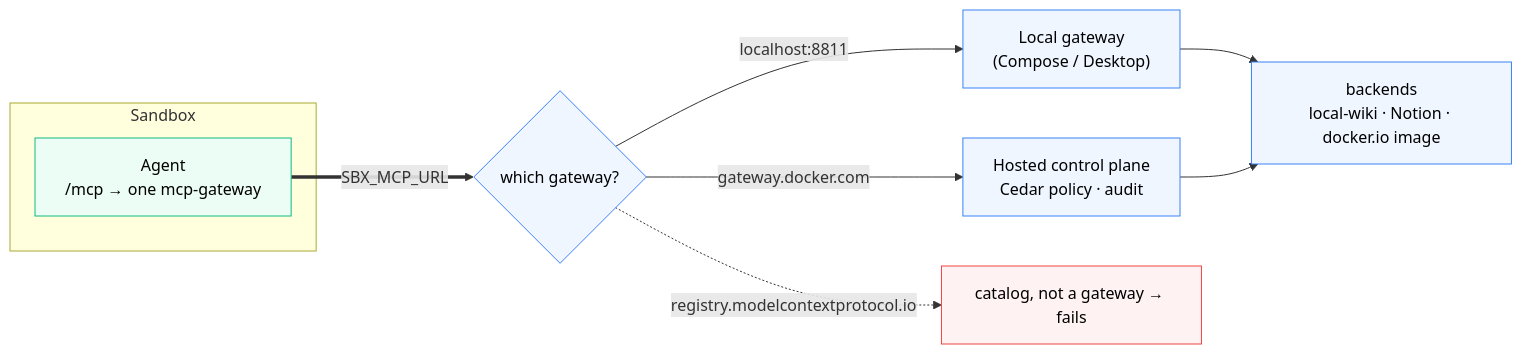
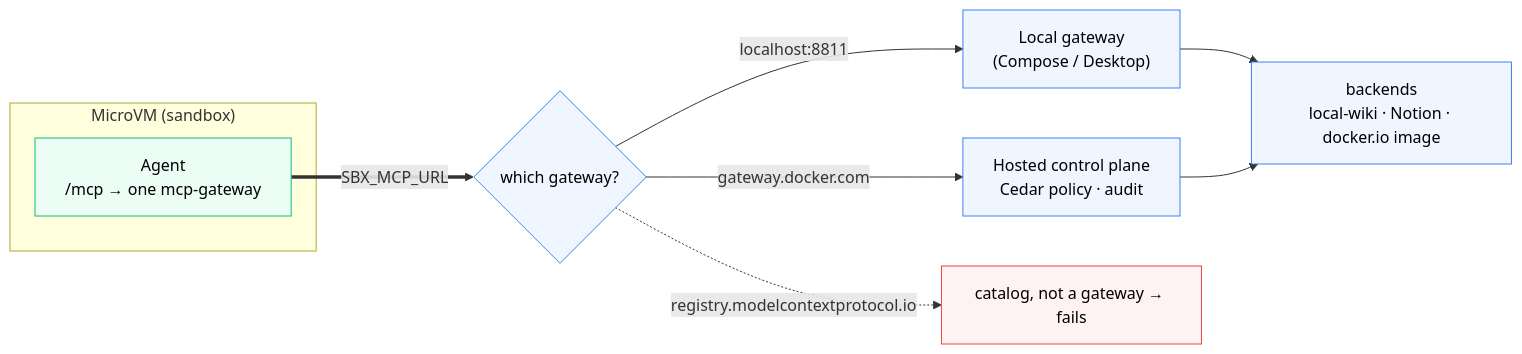
Before and after one commit to ajeetraina/labspace-docker-ai-governance: the first of 2 diagrams in labspace/06-mcp-hands-on.md, drawn with Mermaid. The commit also changed 6 other files, not shown here.

First line of the commit message:
Strengthen runtime diagrams: host, MicroVM, mounted workspace, policy

````diff
--- a/labspace/06-mcp-hands-on.md
+++ b/labspace/06-mcp-hands-on.md
@@ -3,19 +3,19 @@
 ```mermaid
 flowchart LR
-    subgraph VM["Sandbox"]
+    subgraph VM["MicroVM (sandbox)"]
         AGENT["Agent<br/>/mcp → one mcp-gateway"]
     end
     AGENT == "SBX_MCP_URL" ==> GW{"which gateway?"}
     GW -- "localhost:8811" --> LOCAL["Local gateway<br/>(Compose / Desktop)"]
     GW -- "gateway.docker.com" --> HOSTED["Hosted control plane<br/>Cedar policy · audit"]
     LOCAL --> BE["backends<br/>local-wiki · Notion · docker.io image"]
     HOSTED --> BE
     GW -. "registry.modelcontextprotocol.io" .-> BAD["catalog, not a gateway → fails"]
 
     classDef vm fill:#ecfdf5,stroke:#10b981,color:#000
     classDef gw fill:#eff6ff,stroke:#3b82f6,color:#000
     classDef bad fill:#fef2f2,stroke:#ef4444,color:#000
     class AGENT vm
     class LOCAL,HOSTED,GW,BE gw
     class BAD bad
 ```
````
